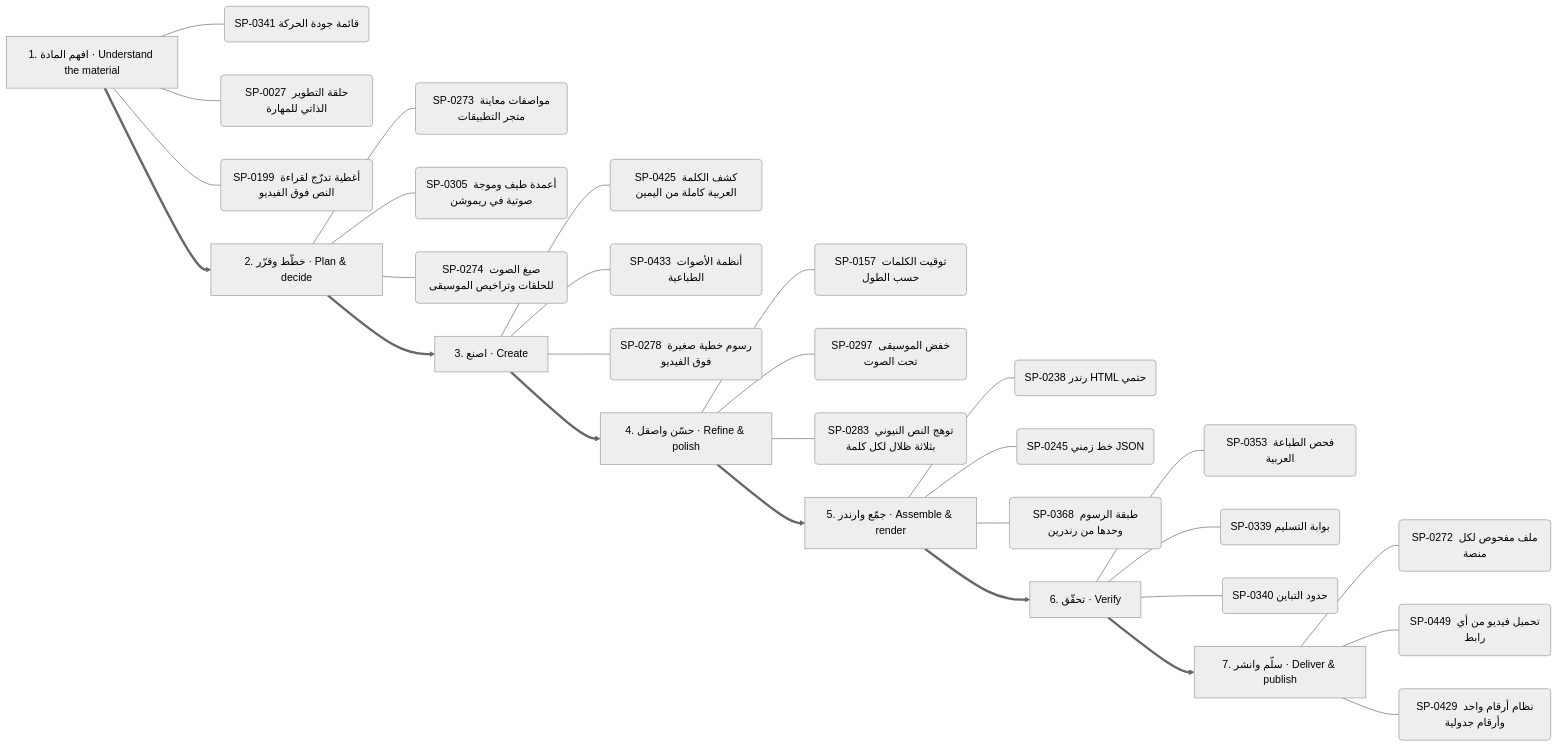
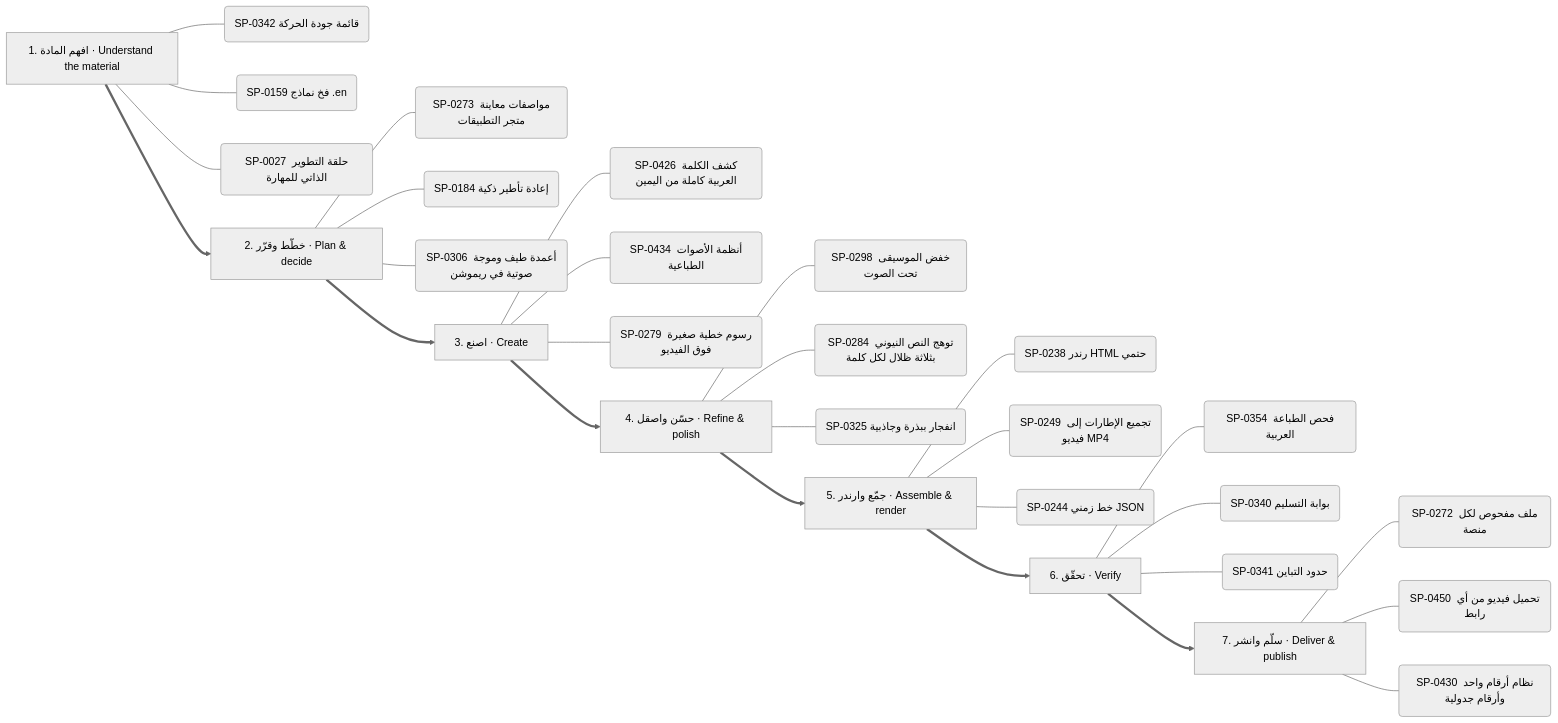
Before and after one commit to kosif199022-jpg/kosif-tool: the second of 13 diagrams in .claude/skills/kosif-superpowers/references/capability-mindmap.md, drawn with Mermaid (neutral theme). The commit also changed other lines of this file and 53 other files, not shown here.

````diff
--- a/.claude/skills/kosif-superpowers/references/capability-mindmap.md
+++ b/.claude/skills/kosif-superpowers/references/capability-mindmap.md
@@ -126,37 +125,37 @@
 ```mermaid
 flowchart LR
   S0["1. افهم المادة · Understand the material"]
-  S0 --- S0_0("SP-0341 قائمة جودة الحركة")
-  S0 --- S0_1("SP-0027 حلقة التطوير الذاتي للمهارة")
-  S0 --- S0_2("SP-0199 أغطية تدرّج لقراءة النص فوق الفيديو")
+  S0 --- S0_0("SP-0342 قائمة جودة الحركة")
+  S0 --- S0_1("SP-0159 فخ نماذج .en")
+  S0 --- S0_2("SP-0027 حلقة التطوير الذاتي للمهارة")
   S1["2. خطّط وقرّر · Plan & decide"]
   S1 --- S1_0("SP-0273 مواصفات معاينة متجر التطبيقات")
-  S1 --- S1_1("SP-0305 أعمدة طيف وموجة صوتية في ريموشن")
-  S1 --- S1_2("SP-0274 صيغ الصوت للحلقات وتراخيص الموسيقى")
+  S1 --- S1_1("SP-0184 إعادة تأطير ذكية")
+  S1 --- S1_2("SP-0306 أعمدة طيف وموجة صوتية في ريموشن")
   S0 ==> S1
   S2["3. اصنع · Create"]
-  S2 --- S2_0("SP-0425 كشف الكلمة العربية كاملة من اليمين")
-  S2 --- S2_1("SP-0433 أنظمة الأصوات الطباعية")
-  S2 --- S2_2("SP-0278 رسوم خطية صغيرة فوق الفيديو")
+  S2 --- S2_0("SP-0426 كشف الكلمة العربية كاملة من اليمين")
+  S2 --- S2_1("SP-0434 أنظمة الأصوات الطباعية")
+  S2 --- S2_2("SP-0279 رسوم خطية صغيرة فوق الفيديو")
   S1 ==> S2
   S3["4. حسّن واصقل · Refine & polish"]
-  S3 --- S3_0("SP-0157 توقيت الكلمات حسب الطول")
-  S3 --- S3_1("SP-0297 خفض الموسيقى تحت الصوت")
-  S3 --- S3_2("SP-0283 توهج النص النيوني بثلاثة ظلال لكل كلمة")
+  S3 --- S3_0("SP-0298 خفض الموسيقى تحت الصوت")
+  S3 --- S3_1("SP-0284 توهج النص النيوني بثلاثة ظلال لكل كلمة")
+  S3 --- S3_2("SP-0325 انفجار ببذرة وجاذبية")
   S2 ==> S3
   S4["5. جمّع وارندر · Assemble & render"]
   S4 --- S4_0("SP-0238 رندر HTML حتمي")
-  S4 --- S4_1("SP-0245 خط زمني JSON")
-  S4 --- S4_2("SP-0368 طبقة الرسوم وحدها من رندرين")
+  S4 --- S4_1("SP-0249 تجميع الإطارات إلى فيديو MP4")
+  S4 --- S4_2("SP-0244 خط زمني JSON")
   S3 ==> S4
   S5["6. تحقّق · Verify"]
-  S5 --- S5_0("SP-0353 فحص الطباعة العربية")
-  S5 --- S5_1("SP-0339 بوابة التسليم")
-  S5 --- S5_2("SP-0340 حدود التباين")
+  S5 --- S5_0("SP-0354 فحص الطباعة العربية")
+  S5 --- S5_1("SP-0340 بوابة التسليم")
+  S5 --- S5_2("SP-0341 حدود التباين")
   S4 ==> S5
   S6["7. سلّم وانشر · Deliver & publish"]
   S6 --- S6_0("SP-0272 ملف مفحوص لكل منصة")
-  S6 --- S6_1("SP-0449 تحميل فيديو من أي رابط")
-  S6 --- S6_2("SP-0429 نظام أرقام واحد وأرقام جدولية")
+  S6 --- S6_1("SP-0450 تحميل فيديو من أي رابط")
+  S6 --- S6_2("SP-0430 نظام أرقام واحد وأرقام جدولية")
   S5 ==> S6
 ```
````
